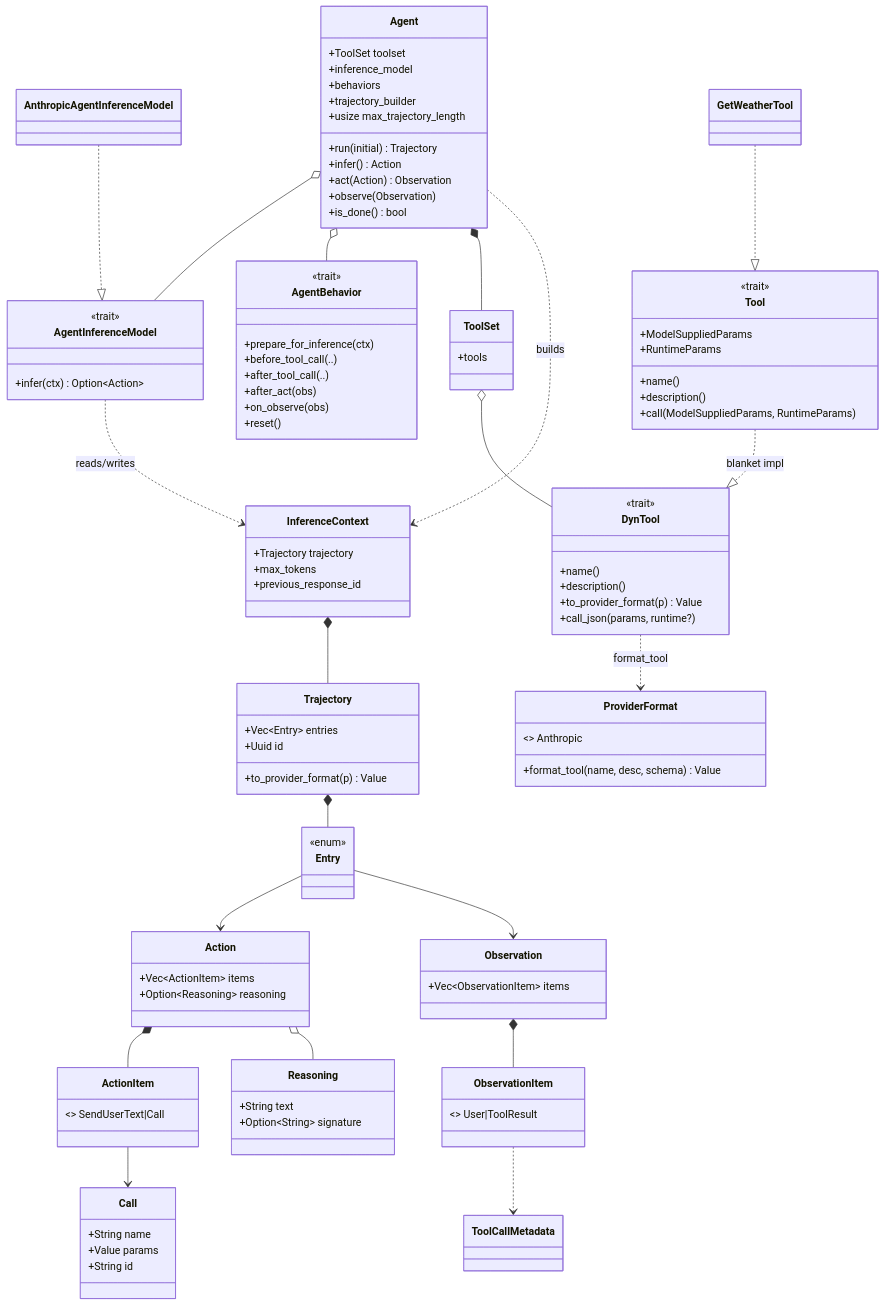
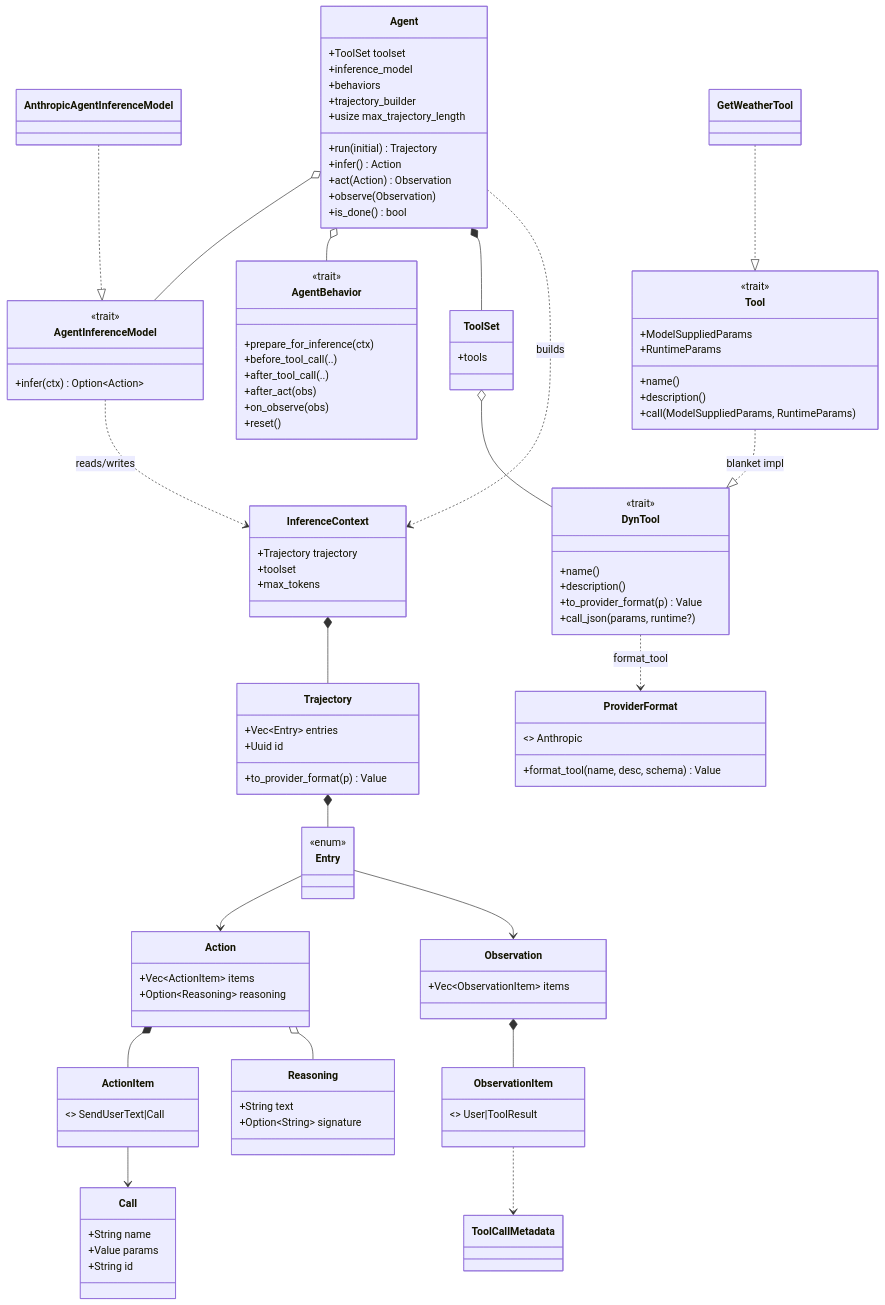
Before and after one commit to chroma-core/chroma: the first of 3 diagrams in plans/rust_agent_port_1bfabf45.plan.md, drawn with Mermaid. The commit also changed other lines of this file and 6 other files, not shown here.

```diff
--- a/plans/rust_agent_port_1bfabf45.plan.md
+++ b/plans/rust_agent_port_1bfabf45.plan.md
@@ -192,8 +192,8 @@
     }
     class InferenceContext {
         +Trajectory trajectory
+        +toolset
         +max_tokens
-        +previous_response_id
     }
     class Trajectory {
         +Vec~Entry~ entries
```
